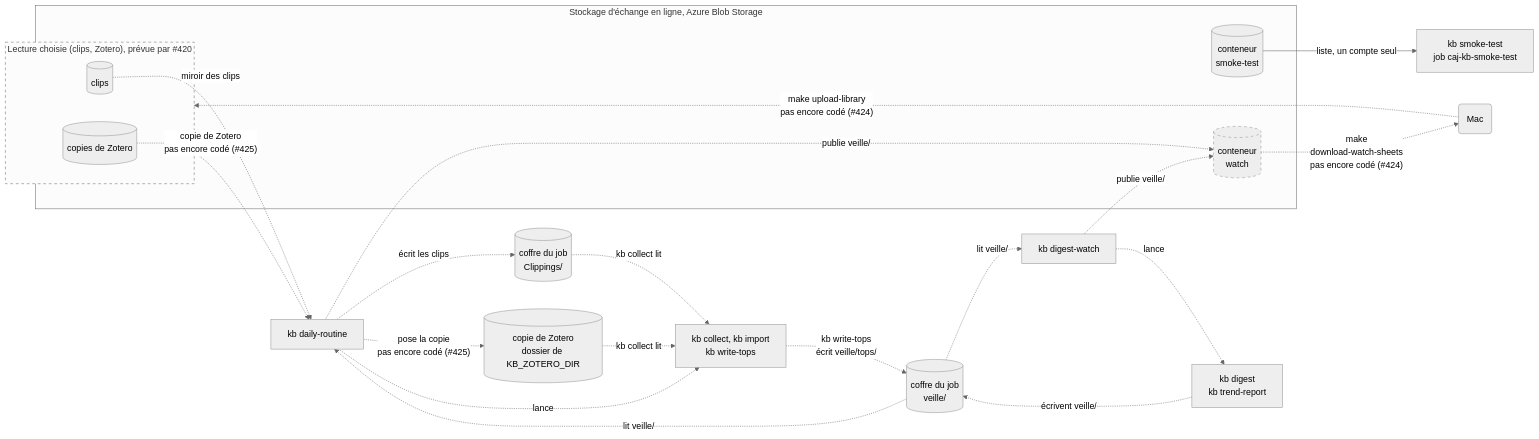
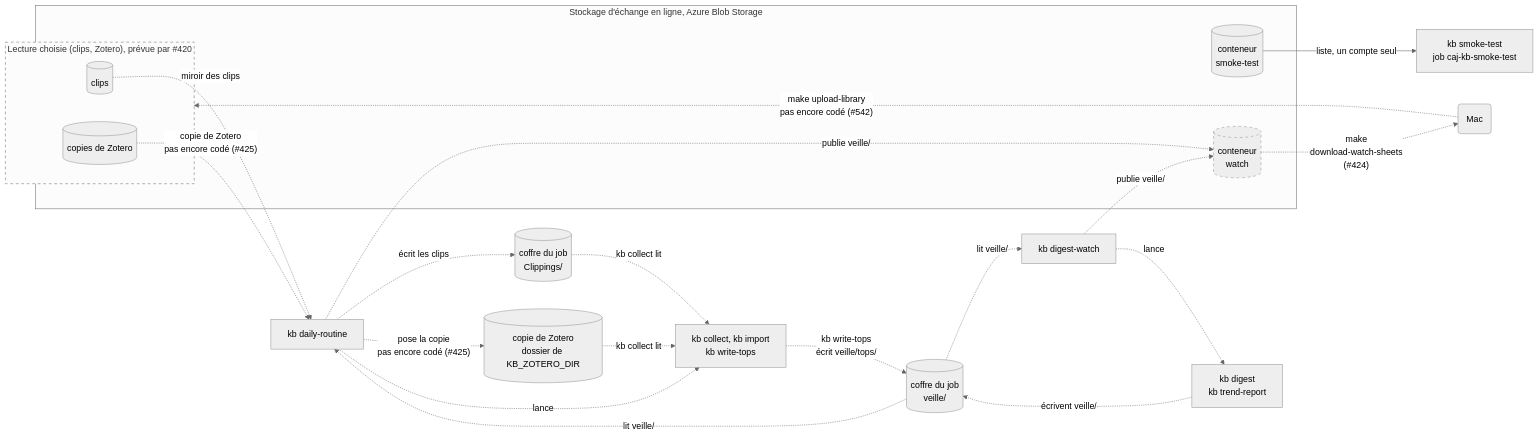
One commit to SabineLaurent/K-B changed the third of 4 diagrams in documentation/architecture_pour_docu.md. Above: the diagram before and after it, drawn with Mermaid (neutral theme). The commit also changed other lines of this file and 14 other files, not shown here.

First line of the commit message:
feat: download the sheets of watch to the vault of the Mac, by the account of az login (issue 424)

````diff
--- a/documentation/architecture_pour_docu.md
+++ b/documentation/architecture_pour_docu.md
@@ -110,39 +110,39 @@
 ```mermaid
 flowchart LR
     subgraph exchange["Stockage d'échange en ligne, Azure Blob Storage"]
         smokeContainer[("conteneur<br>smoke-test")]
         subgraph choice["Lecture choisie (clips, Zotero), prévue par #420"]
             choiceClips[("clips")]
             choiceZotero[("copies de Zotero")]
         end
         watchContainer[("conteneur<br>watch")]
     end
     style choice stroke-dasharray: 5 5
     style watchContainer stroke-dasharray: 5 5
     mac("Mac")
     smokeTest["kb smoke-test<br>job caj-kb-smoke-test"]
     dailyRoutine["kb daily-routine"]
     digestWatch["kb digest-watch"]
     clippings[("coffre du job<br>Clippings/")]
     zotero[("copie de Zotero<br>dossier de KB_ZOTERO_DIR")]
     vault[("coffre du job<br>veille/")]
     steps["kb collect, kb import<br>kb write-tops"]
     digestSteps["kb digest<br>kb trend-report"]
     smokeContainer -->|"liste, un compte seul"| smokeTest
-    mac -.->|"make upload-library<br>pas encore codé (#424)"| choice
+    mac -.->|"make upload-library<br>pas encore codé (#542)"| choice
     choiceClips -.->|"miroir des clips"| dailyRoutine
     dailyRoutine -.->|"écrit les clips"| clippings
     choiceZotero -.->|"copie de Zotero<br>pas encore codé (#425)"| dailyRoutine
     dailyRoutine -.->|"pose la copie<br>pas encore codé (#425)"| zotero
     dailyRoutine -.->|"lance"| steps
     digestWatch -.->|"lance"| digestSteps
     clippings -.->|"kb collect lit"| steps
     zotero -.->|"kb collect lit"| steps
     steps -.->|"kb write-tops<br>écrit veille/tops/"| vault
     digestSteps -.->|"écrivent veille/"| vault
     vault -.->|"lit veille/"| dailyRoutine
     vault -.->|"lit veille/"| digestWatch
     dailyRoutine -.->|"publie veille/"| watchContainer
     digestWatch -.->|"publie veille/"| watchContainer
-    watchContainer -.->|"make<br>download-watch-sheets<br>pas encore codé (#424)"| mac
+    watchContainer -.->|"make<br>download-watch-sheets<br>(#424)"| mac
 ```
````
